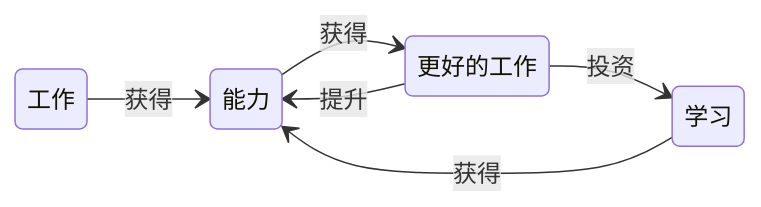
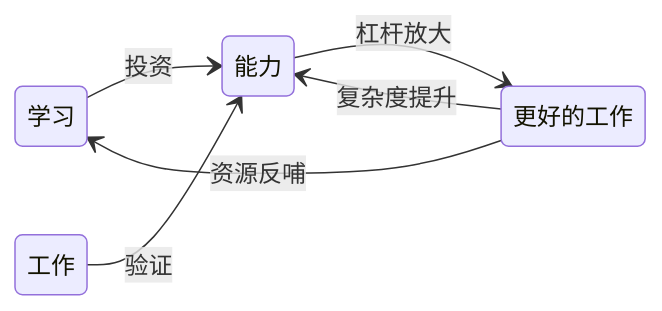
One commit to 0xcaffebabe/note changed the diagram in doc/个人成长/个人成长.md. Above: the diagram before and after it, drawn with Mermaid. The commit also changed other lines of this file, not shown here.

````diff
--- a/doc/个人成长/个人成长.md
+++ b/doc/个人成长/个人成长.md
@@ -7,9 +29,9 @@
 ```mermaid
 stateDiagram-v2
-  direction LR
-  工作 --> 能力: 获得
-  学习 --> 能力: 获得
-  能力 --> 更好的工作: 获得
-  更好的工作 --> 学习: 投资
-  更好的工作 --> 能力: 提升
+direction LR
+学习 --> 能力: 投资
+工作 --> 能力: 验证
+能力 --> 更好的工作: 杠杆放大
+更好的工作 --> 学习: 资源反哺
+更好的工作 --> 能力: 复杂度提升
 ```
````
